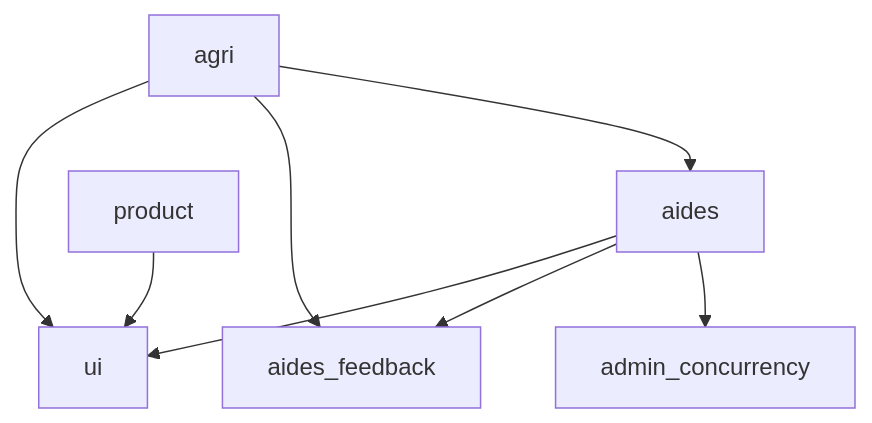
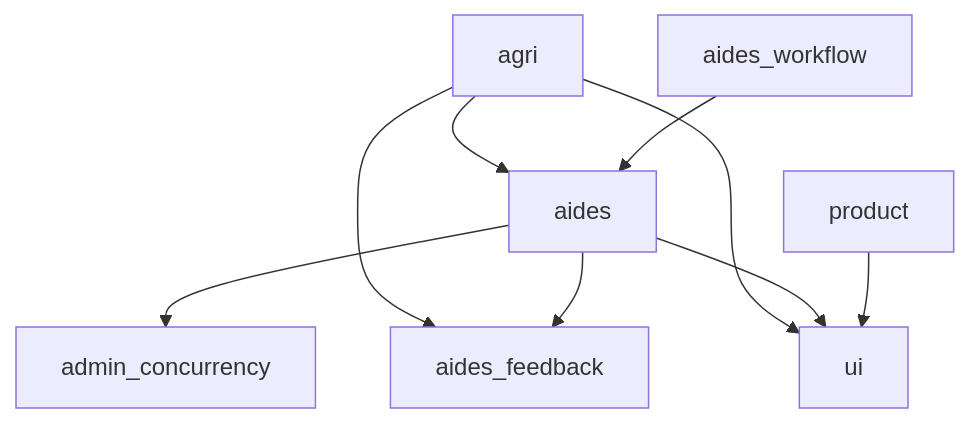
One commit to betagouv/aides-agri changed the second of 3 diagrams in documentation/dat/architecture-logicielle.md. Above: the diagram before and after it, drawn with Mermaid. The commit also changed 21 other files, not shown here.

````diff
--- a/documentation/dat/architecture-logicielle.md
+++ b/documentation/dat/architecture-logicielle.md
@@ -58,10 +58,11 @@
 ```mermaid
 graph TD;
     agri-->aides;
     agri-->aides_feedback;
     agri-->ui;
     aides-->admin_concurrency;
     aides-->aides_feedback;
     aides-->ui;
+    aides_workflow-->aides;
     product-->ui;
 ```
````
